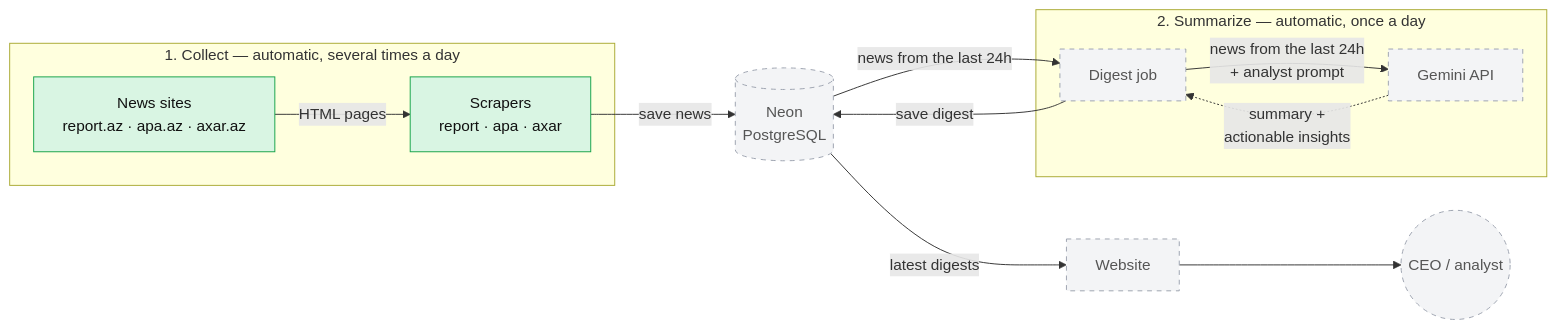
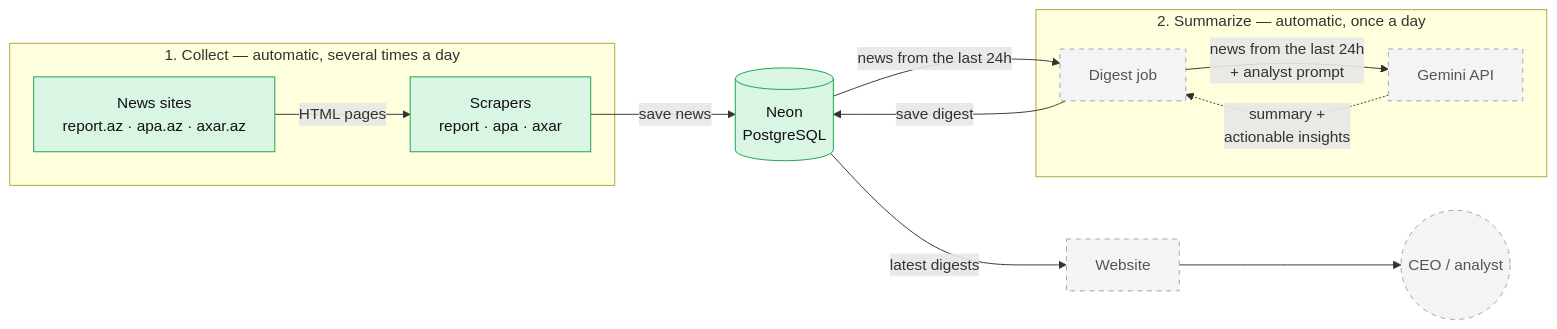
One commit to vbabazade8/az-news-assistant changed the diagram in README.md. Above: the diagram before and after it, drawn with Mermaid. The commit also changed other lines of this file and 6 other files, not shown here.

````diff
--- a/README.md
+++ b/README.md
@@ -19,24 +19,24 @@
 ```mermaid
 flowchart LR
     subgraph collect["1. Collect — automatic, several times a day"]
         sites["News sites<br/>report.az · apa.az · axar.az"] -->|HTML pages| scrapers["Scrapers<br/>report · apa · axar"]
     end
 
     scrapers -->|save news| db[("Neon<br/>PostgreSQL")]
 
     subgraph summarize["2. Summarize — automatic, once a day"]
         job["Digest job"] -->|"news from the last 24h<br/>+ analyst prompt"| gemini["Gemini API"]
         gemini -.->|"summary +<br/>actionable insights"| job
     end
 
     db -->|news from the last 24h| job
     job -->|save digest| db
 
     db -->|latest digests| web["Website"]
     web --> reader(("CEO / analyst"))
 
     classDef done fill:#d9f5e3,stroke:#16a34a,color:#111
     classDef planned fill:#f3f4f6,stroke:#9ca3af,color:#555,stroke-dasharray:5 5
-    class sites,scrapers done
-    class db,job,gemini,web,reader planned
+    class sites,scrapers,db done
+    class job,gemini,web,reader planned
 ```
````
